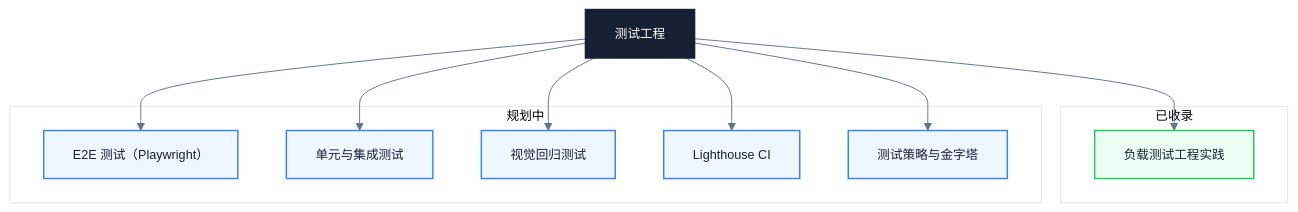
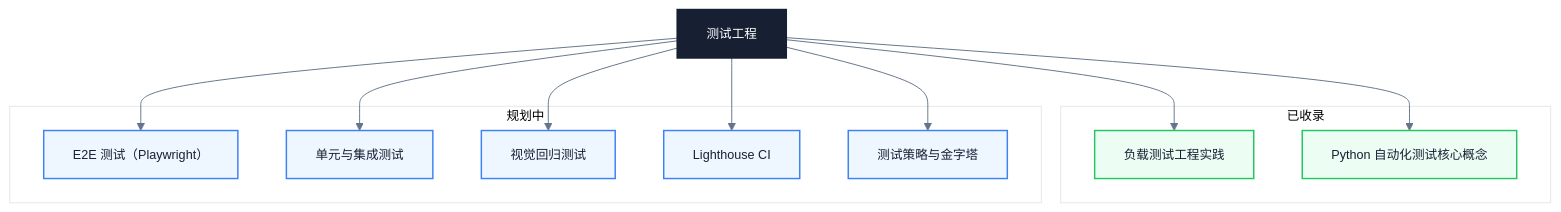
One commit to Fatejian/frontier-vault changed the diagram in docs/testing/index.md. Above: the diagram before and after it, drawn with Mermaid. The commit also changed other lines of this file and 4 other files, not shown here.

First line of the commit message:
feat(testing): add Python automation testing core concepts article

````diff
--- a/docs/testing/index.md
+++ b/docs/testing/index.md
@@ -19,32 +19,34 @@
 ```mermaid
 %%{init: {'theme': 'base', 'themeVariables': {'fontFamily': 'Inter, PingFang SC, Microsoft YaHei, sans-serif', 'primaryColor': '#F8FAFC', 'primaryTextColor': '#172033', 'primaryBorderColor': '#CBD5E1', 'lineColor': '#64748B', 'fontSize': '13px'}}}%%
 flowchart TB
     core["测试工程"]
 
     subgraph published["已收录"]
         work1["负载测试工程实践"]
+        work2["Python 自动化测试核心概念"]
     end
 
     subgraph planned["规划中"]
         wait1["E2E 测试（Playwright）"]
         wait2["单元与集成测试"]
         wait3["视觉回归测试"]
         wait4["Lighthouse CI"]
         wait5["测试策略与金字塔"]
     end
 
     core --> work1
+    core --> work2
     core --> wait1
     core --> wait2
     core --> wait3
     core --> wait4
     core --> wait5
 
     classDef core fill:#172033,color:#fff,stroke:#172033,stroke-width:2px
     classDef work fill:#ECFDF3,stroke:#22C55E,color:#172033,stroke-width:1.5px
     classDef wait fill:#EEF6FF,stroke:#3B82F6,color:#172033,stroke-width:1.5px
 
     class core core
-    class work1 work
+    class work1,work2 work
     class wait1,wait2,wait3,wait4,wait5 wait
 ```
````
